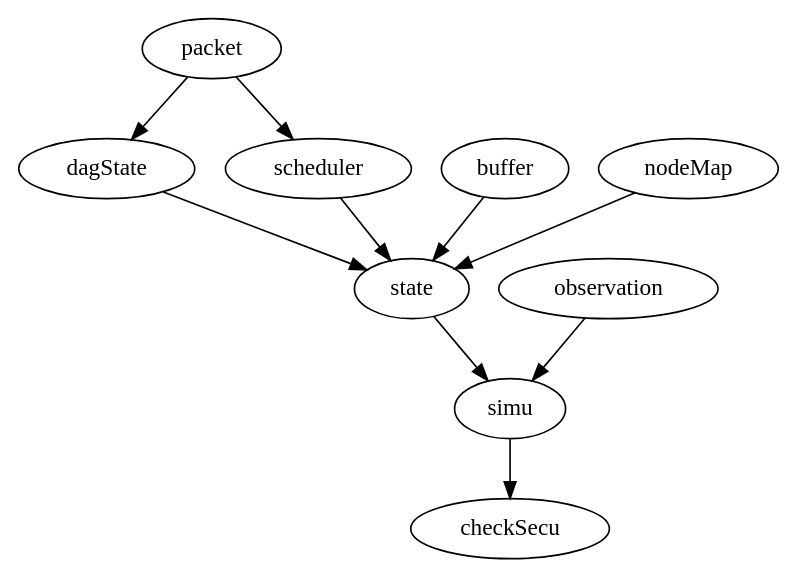
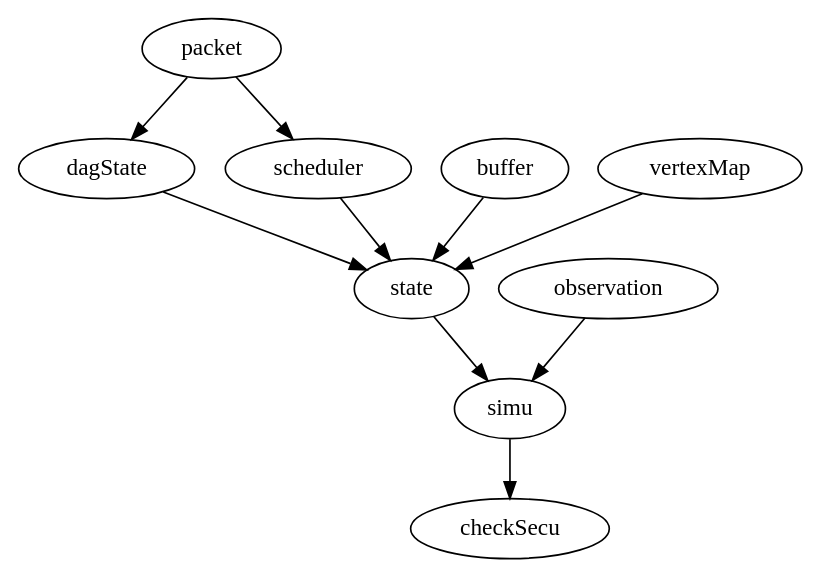
The diagram in doc/fileHierarchy.gv (CSAIL-Arch-Sec/DAGguise-verification), drawn with Graphviz before and after one commit. The commit also changed 6 other files, not shown here.

Commit message:
objectName: change from node to vertex

```diff
--- a/doc/fileHierarchy.gv
+++ b/doc/fileHierarchy.gv
@@ -1,14 +1,14 @@
 digraph G {
   "packet" -> "dagState";
   "packet" -> "scheduler";
 
   "dagState" -> "state";
   "buffer" -> "state";
-  "nodeMap" -> "state";
+  "vertexMap" -> "state";
   "scheduler" -> "state";
 
   "state" -> "simu";
   "observation" -> "simu";
 
   "simu" -> "checkSecu";
 }
```
